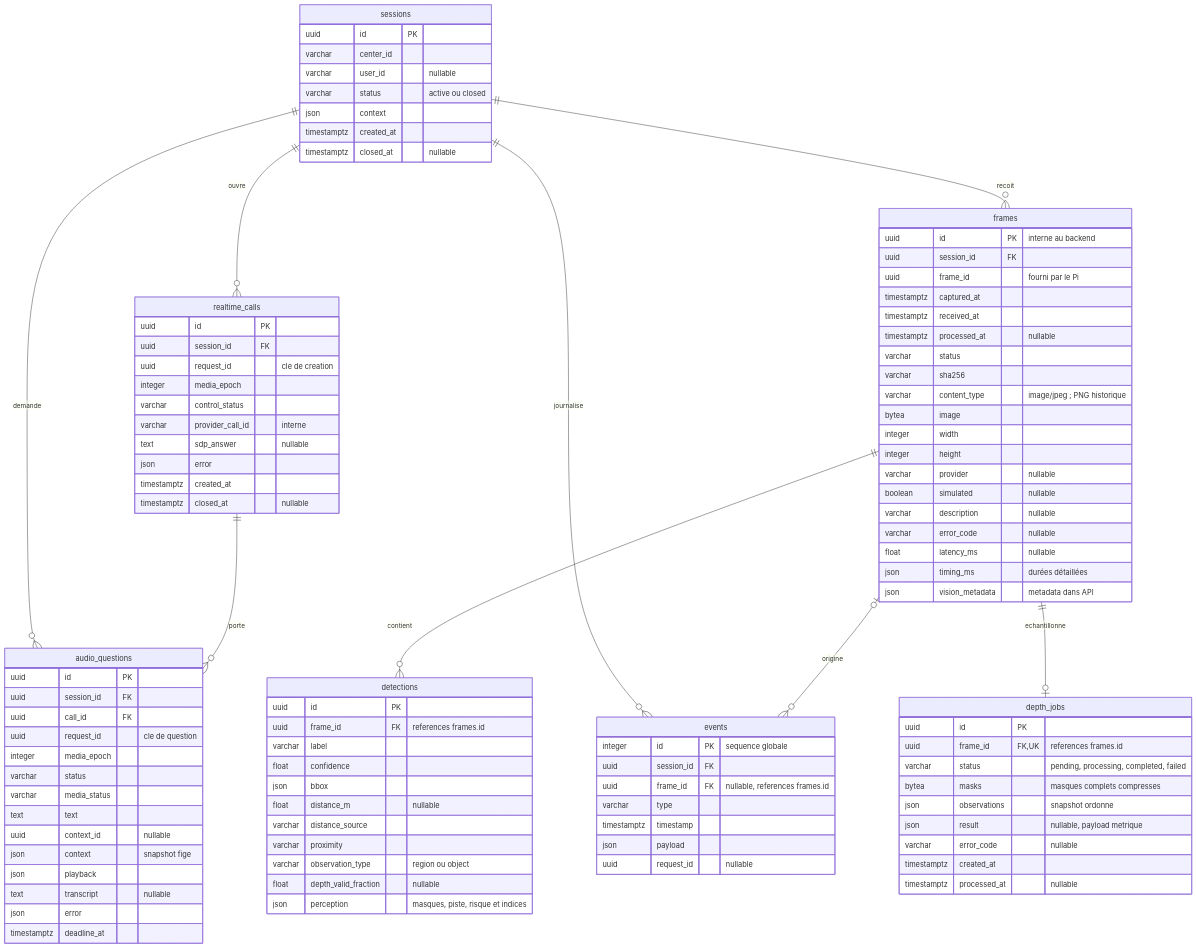
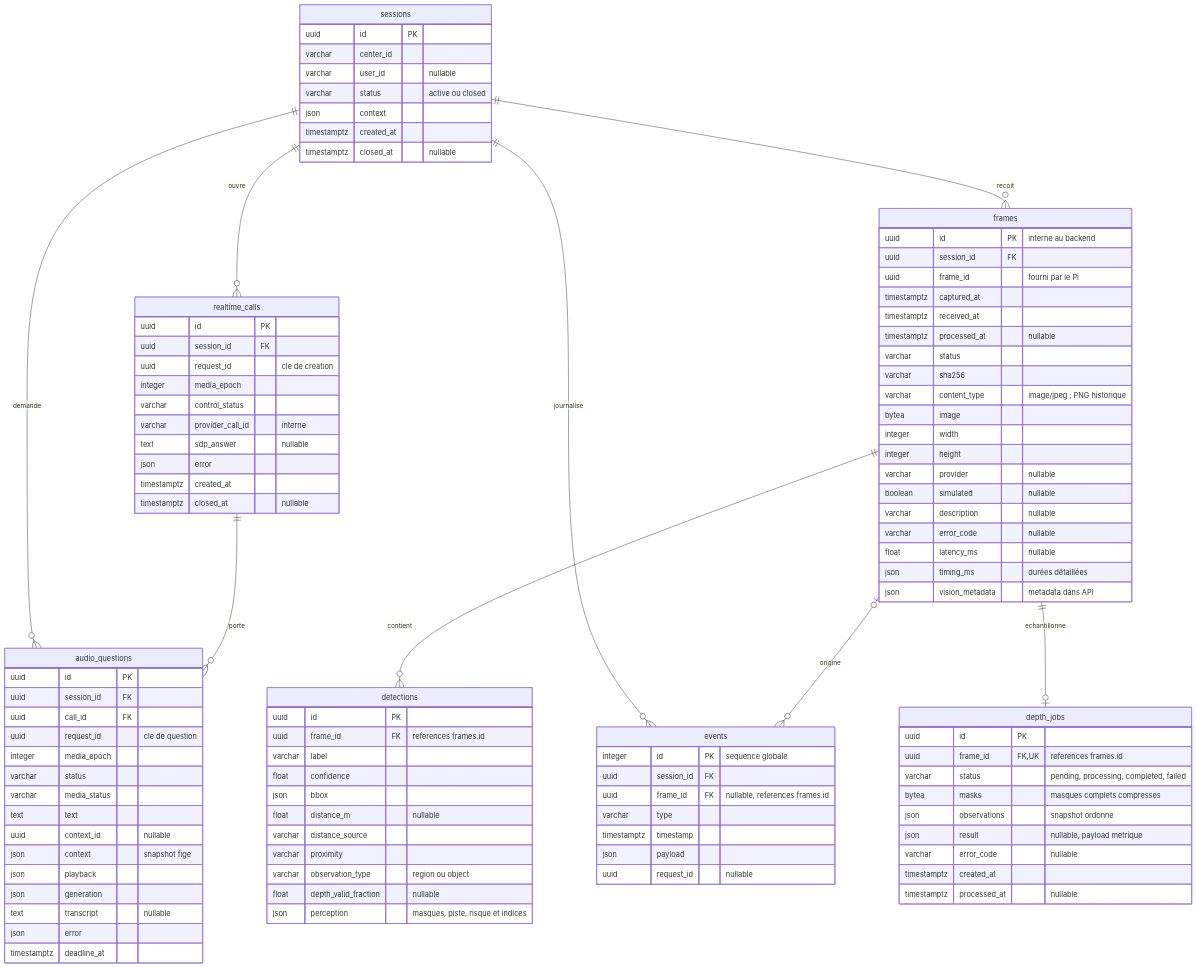
The diagram in docs/diagrams/04-base-de-donnees.mmd (Mindsept/Looki--Vision), drawn with Mermaid before and after one commit. The commit also changed 44 other files, not shown here.

```diff
--- a/docs/diagrams/04-base-de-donnees.mmd
+++ b/docs/diagrams/04-base-de-donnees.mmd
@@ -1,101 +1,102 @@
 %% LOOKi - diagramme détaillé dans ../02-base-de-donnees.md
 erDiagram
     sessions ||--o{ realtime_calls : ouvre
     sessions ||--o{ audio_questions : demande
     realtime_calls ||--o{ audio_questions : porte
     sessions ||--o{ frames : recoit
     sessions ||--o{ events : journalise
     frames ||--o{ detections : contient
     frames o|--o{ events : origine
     frames ||--o| depth_jobs : echantillonne
     sessions {
         uuid id PK
         varchar center_id
         varchar user_id "nullable"
         varchar status "active ou closed"
         json context
         timestamptz created_at
         timestamptz closed_at "nullable"
     }
     frames {
         uuid id PK "interne au backend"
         uuid session_id FK
         uuid frame_id "fourni par le Pi"
         timestamptz captured_at
         timestamptz received_at
         timestamptz processed_at "nullable"
         varchar status
         varchar sha256
         varchar content_type "image/jpeg ; PNG historique"
         bytea image
         integer width
         integer height
         varchar provider "nullable"
         boolean simulated "nullable"
         varchar description "nullable"
         varchar error_code "nullable"
         float latency_ms "nullable"
         json timing_ms "durées détaillées"
         json vision_metadata "metadata dans API"
     }
     detections {
         uuid id PK
         uuid frame_id FK "references frames.id"
         varchar label
         float confidence
         json bbox
         float distance_m "nullable"
         varchar distance_source
         varchar proximity
         varchar observation_type "region ou object"
         float depth_valid_fraction "nullable"
         json perception "masques, piste, risque et indices"
     }
     events {
         integer id PK "sequence globale"
         uuid session_id FK
         uuid frame_id FK "nullable, references frames.id"
         varchar type
         timestamptz timestamp
         json payload
         uuid request_id "nullable"
     }
     depth_jobs {
         uuid id PK
         uuid frame_id FK,UK "references frames.id"
         varchar status "pending, processing, completed, failed"
         bytea masks "masques complets compresses"
         json observations "snapshot ordonne"
         json result "nullable, payload metrique"
         varchar error_code "nullable"
         timestamptz created_at
         timestamptz processed_at "nullable"
     }
     realtime_calls {
         uuid id PK
         uuid session_id FK
         uuid request_id "cle de creation"
         integer media_epoch
         varchar control_status
         varchar provider_call_id "interne"
         text sdp_answer "nullable"
         json error
         timestamptz created_at
         timestamptz closed_at "nullable"
     }
     audio_questions {
         uuid id PK
         uuid session_id FK
         uuid call_id FK
         uuid request_id "cle de question"
         integer media_epoch
         varchar status
         varchar media_status
         text text
         uuid context_id "nullable"
         json context "snapshot fige"
         json playback
+        json generation
         text transcript "nullable"
         json error
         timestamptz deadline_at
     }
```
